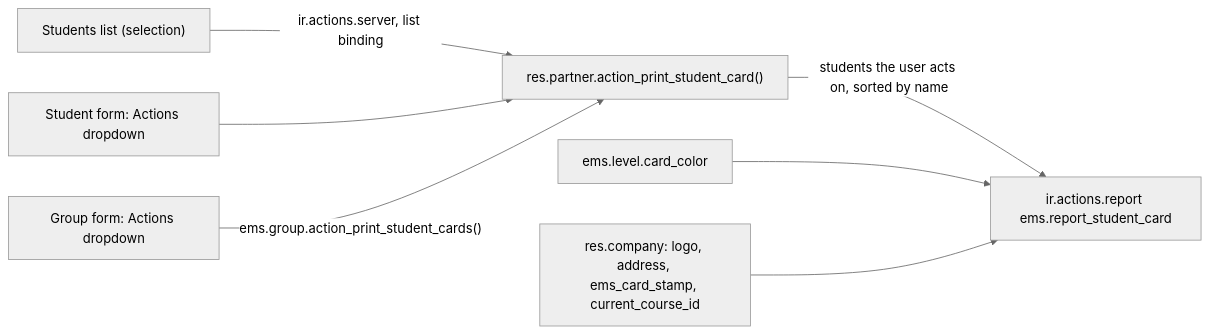
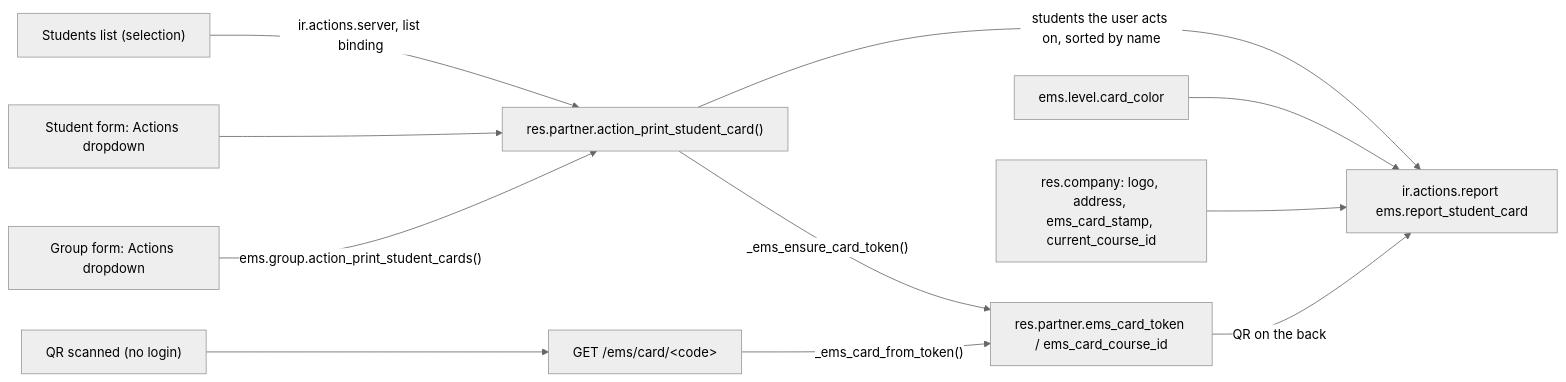
Before and after one commit to ElPuig/EMS: the diagram in docs/en/developers/contacts/student_card.md, drawn with Mermaid (neutral theme). The commit also changed other lines of this file and 27 other files, not shown here.

Commit message:
Student card: QR check page (public, minimal data), per-year code, revoke action, stamp over the photo

````diff
--- a/docs/en/developers/contacts/student_card.md
+++ b/docs/en/developers/contacts/student_card.md
@@ -33,9 +35,13 @@
 ```mermaid
 flowchart LR
     LIST["Students list (selection)"] -->|"ir.actions.server, list binding"| ACT["res.partner.action_print_student_card()"]
     FORM["Student form: Actions dropdown"] --> ACT
     GROUP["Group form: Actions dropdown"] -->|"ems.group.action_print_student_cards()"| ACT
     ACT -->|"students the user acts on, sorted by name"| REP["ir.actions.report ems.report_student_card"]
     LEVEL["ems.level.card_color"] --> REP
     COMPANY["res.company: logo, address, ems_card_stamp, current_course_id"] --> REP
+    ACT -->|"_ems_ensure_card_token()"| TOKEN["res.partner.ems_card_token / ems_card_course_id"]
+    TOKEN -->|"QR on the back"| REP
+    QR["QR scanned (no login)"] --> PAGE["GET /ems/card/&lt;code&gt;"]
+    PAGE -->|"_ems_card_from_token()"| TOKEN
 ```
````
